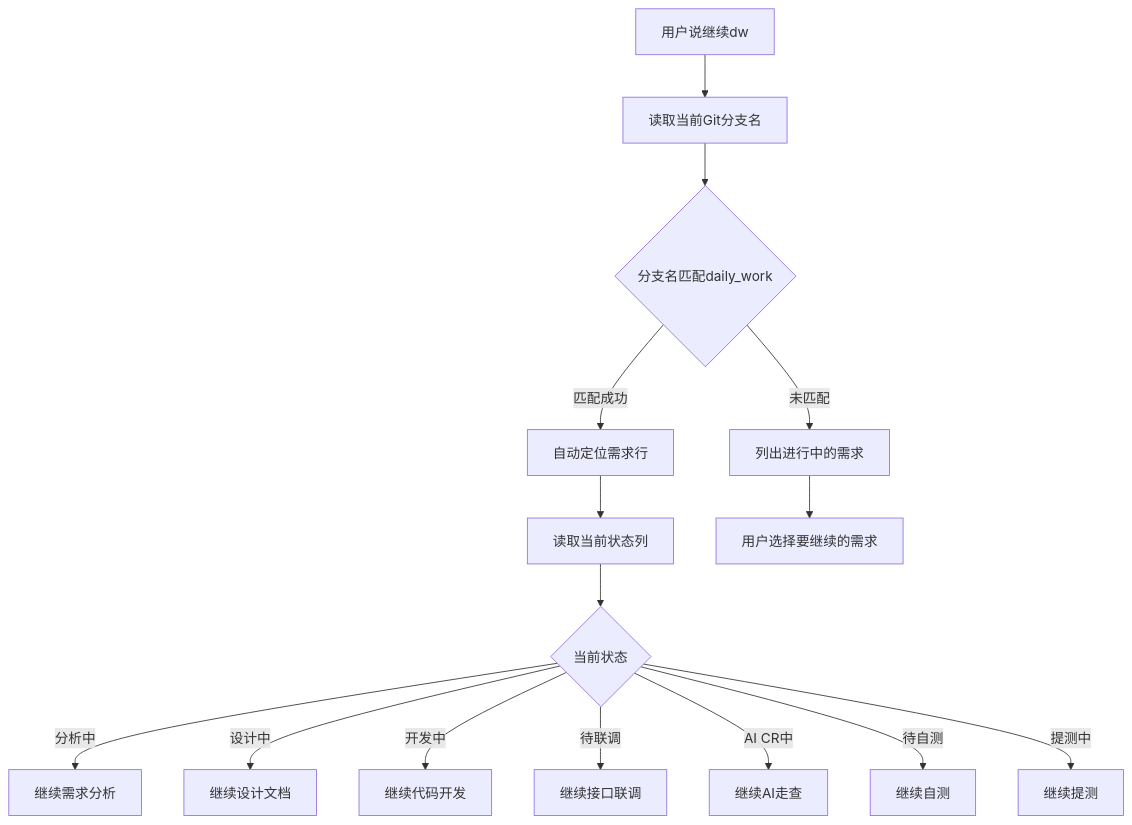
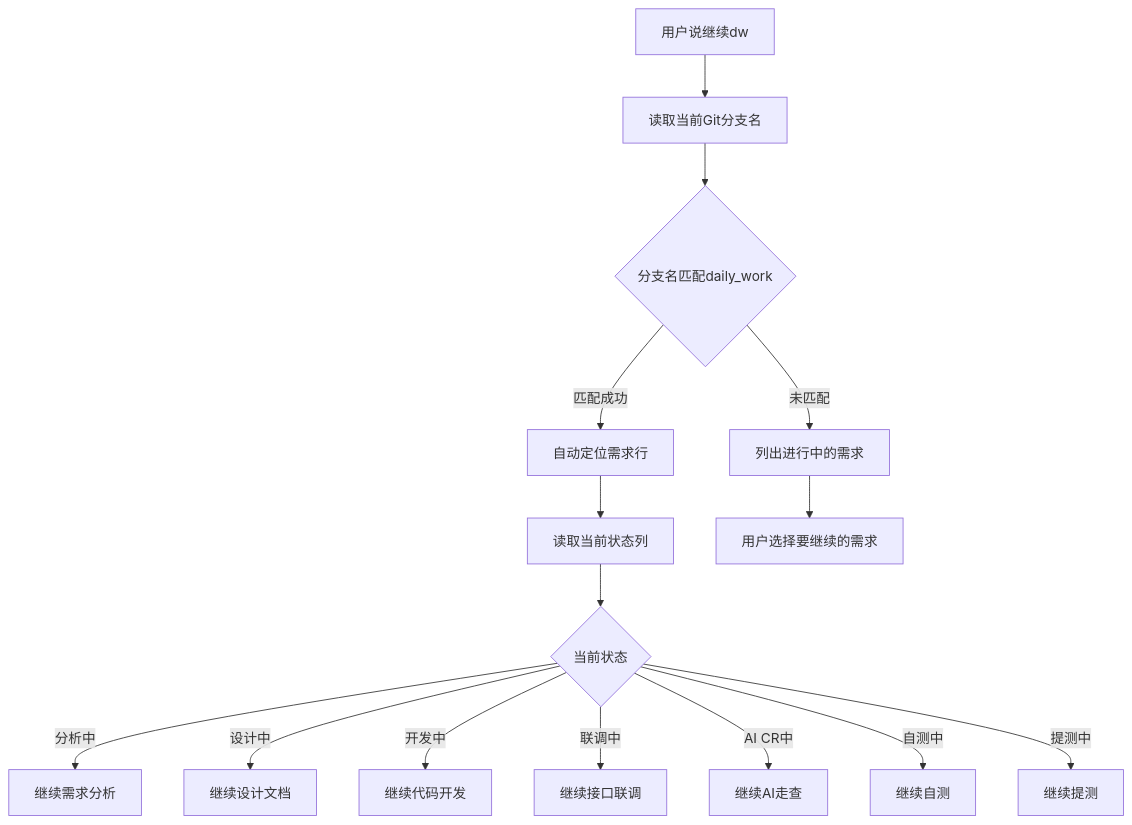
The third of 3 diagrams in daily-workflow/REPORT.md (guanxuerong/my-ai-skills), drawn with Mermaid before and after one commit. The commit also changed other lines of this file, not shown here.

````diff
--- a/daily-workflow/REPORT.md
+++ b/daily-workflow/REPORT.md
@@ -111,17 +110,17 @@
 ```mermaid
 flowchart TD
     A[用户说继续dw] --> B[读取当前Git分支名]
     B --> C{分支名匹配daily_work}
     C -->|匹配成功| D[自动定位需求行]
     D --> E[读取当前状态列]
     E --> F{当前状态}
     F -->|分析中| G[继续需求分析]
     F -->|设计中| H[继续设计文档]
     F -->|开发中| I[继续代码开发]
-    F -->|待联调| J[继续接口联调]
+    F -->|联调中| J[继续接口联调]
     F -->|AI CR中| K[继续AI走查]
-    F -->|待自测| L[继续自测]
+    F -->|自测中| L[继续自测]
     F -->|提测中| M[继续提测]
     C -->|未匹配| N[列出进行中的需求]
     N --> O[用户选择要继续的需求]
 ```
````
